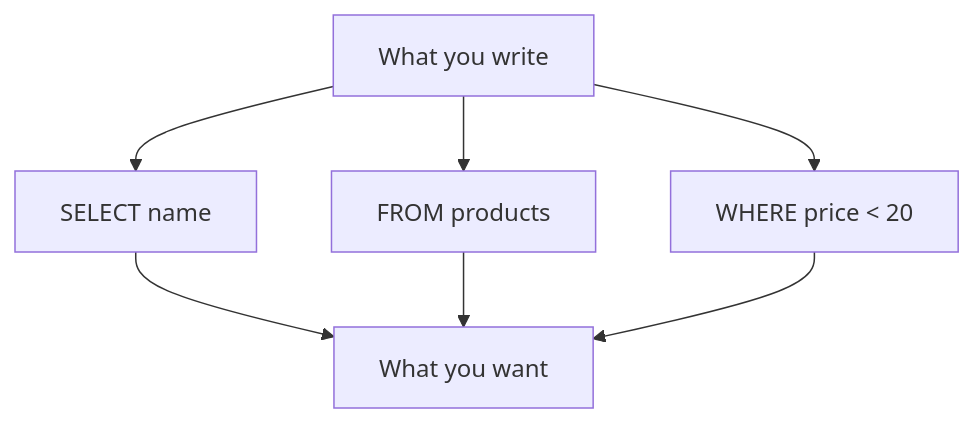
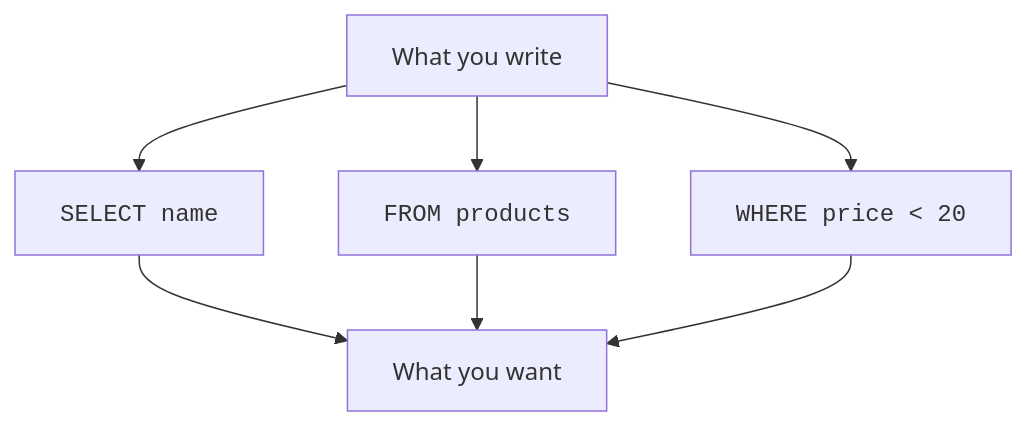
Before and after one commit to dataslope/dataslope: the third of 7 diagrams in content/learn/sqlite-for-beginners/what-sql-does.mdx, drawn with Mermaid. The commit also changed other lines of this file and 56 other files, not shown here.

````diff
--- a/content/learn/sqlite-for-beginners/what-sql-does.mdx
+++ b/content/learn/sqlite-for-beginners/what-sql-does.mdx
@@ -84,9 +84,9 @@
 ```mermaid
 flowchart TB
-    A["What you write"] --> B["SELECT name"]
-    A --> C["FROM products"]
-    A --> D["WHERE price < 20"]
+    A["What you write"] --> B["<code>SELECT name</code>"]
+    A --> C["<code>FROM products</code>"]
+    A --> D["<code>WHERE price &lt; 20</code>"]
     B --> E["What you want"]
     C --> E
     D --> E
 ```
````
